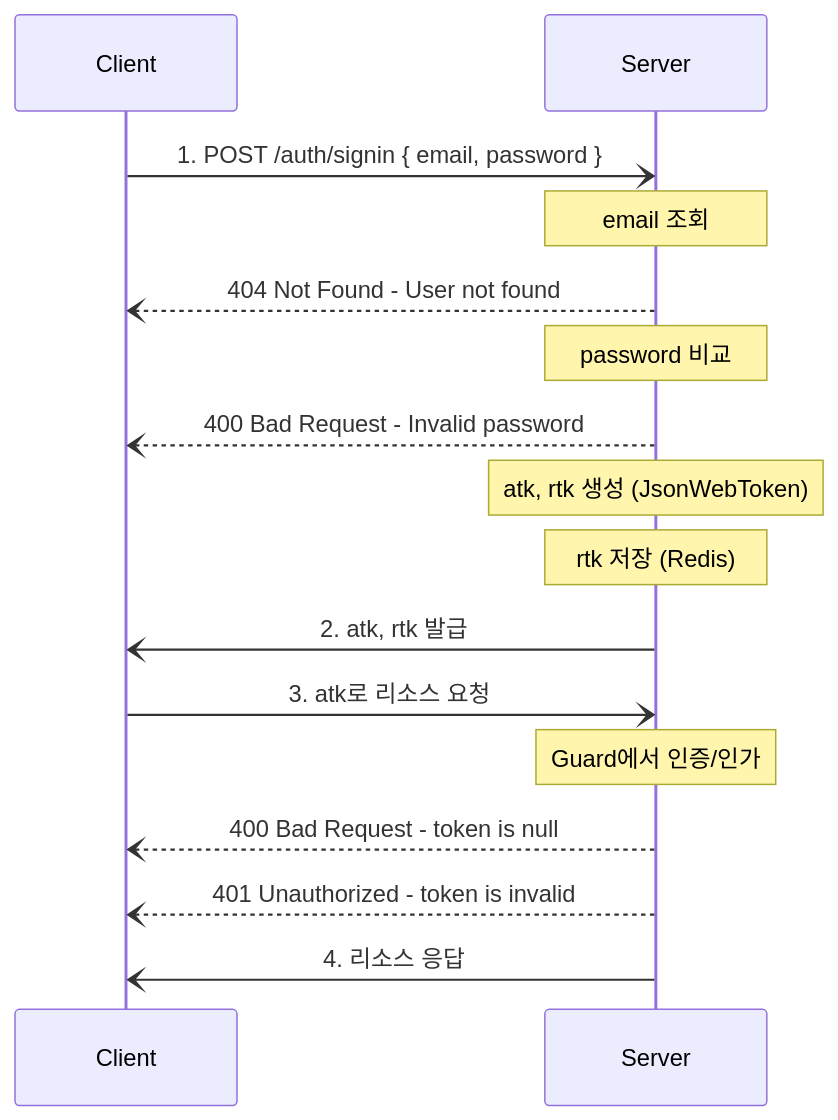
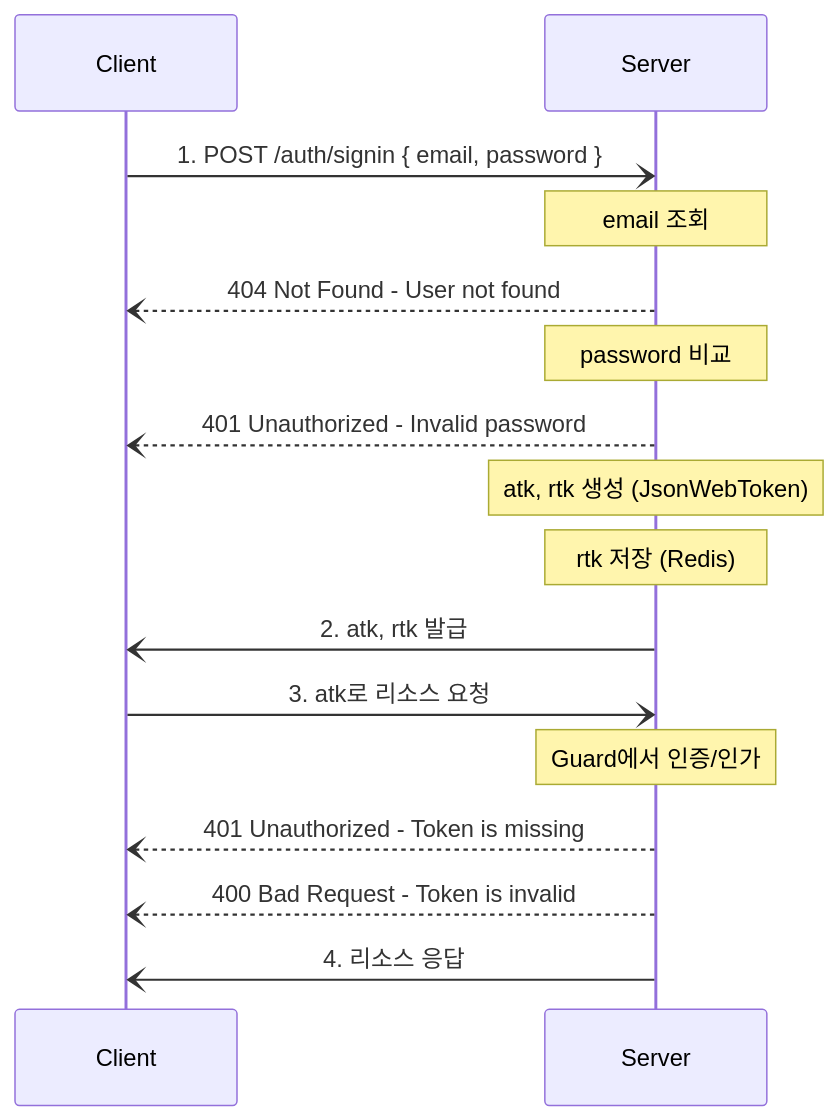
One commit to f-lab-edu/Bidders changed the second of 3 diagrams in README.md. Above: the diagram before and after it, drawn with Mermaid. The commit also changed other lines of this file and 18 other files, not shown here.

````diff
--- a/README.md
+++ b/README.md
@@ -86,17 +86,17 @@
 ```mermaid
 sequenceDiagram
 
 Client-)Server: 1. POST /auth/signin { email, password }
 Note over Server: email 조회
 Server--)Client: 404 Not Found - User not found
 Note over Server: password 비교
-Server--)Client: 400 Bad Request - Invalid password
+Server--)Client: 401 Unauthorized - Invalid password
 Note over Server: atk, rtk 생성 (JsonWebToken)
 Note over Server: rtk 저장 (Redis)
 Server-)Client: 2. atk, rtk 발급
 Client-)Server: 3. atk로 리소스 요청
 Note over Server: Guard에서 인증/인가
-Server--)Client: 400 Bad Request - token is null
-Server--)Client: 401 Unauthorized - token is invalid
+Server--)Client: 401 Unauthorized - Token is missing
+Server--)Client: 400 Bad Request - Token is invalid
 Server-)Client: 4. 리소스 응답
 ```
````
